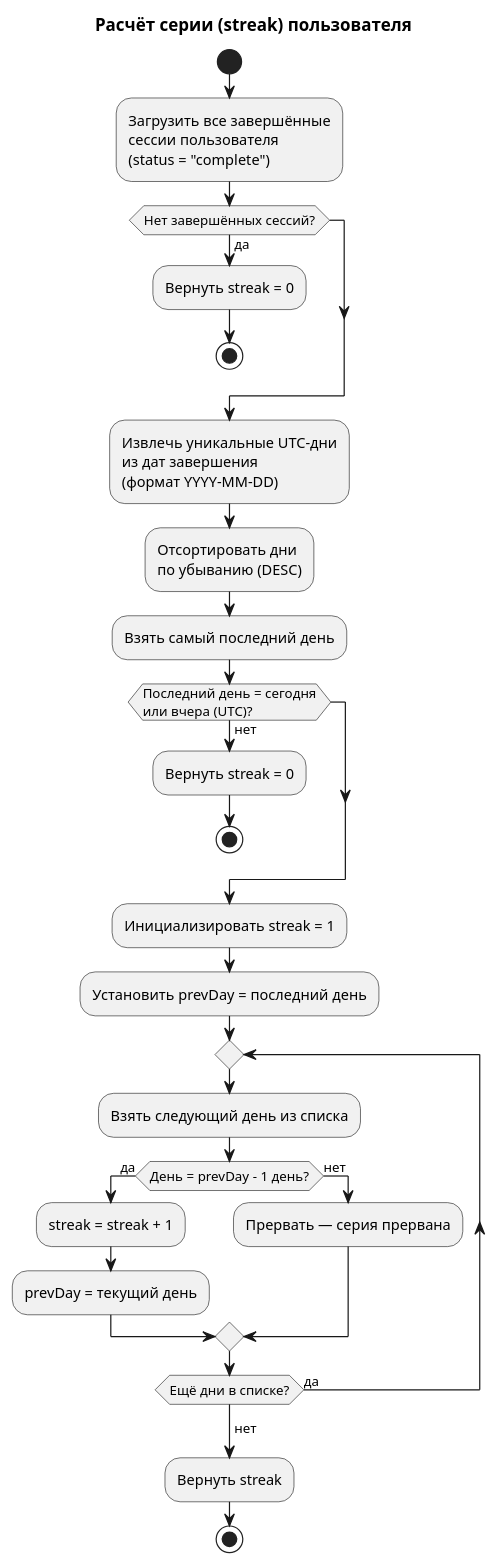
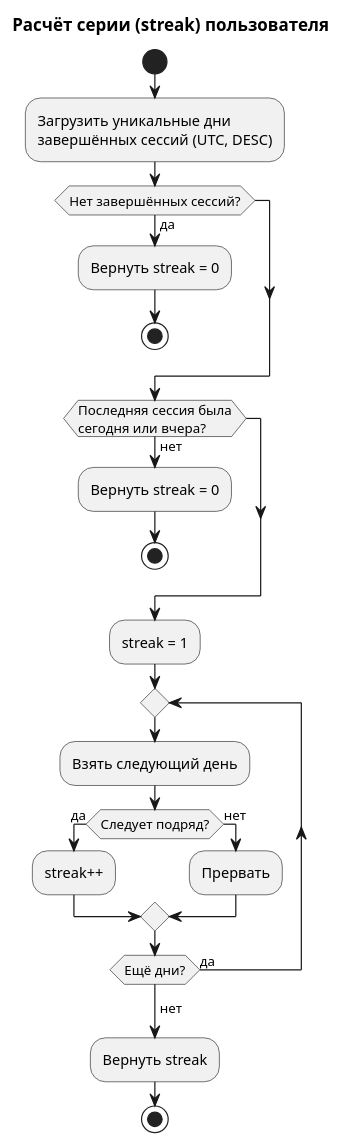
The diagram in docs/activity/09_streak_calculation.puml (nifle3/diplom_work), drawn with PlantUML before and after one commit. The commit also changed 10 other files, not shown here.

Commit message:
update activity diagram

```diff
--- a/docs/activity/09_streak_calculation.puml
+++ b/docs/activity/09_streak_calculation.puml
@@ -1,43 +1,33 @@
 @startuml 09_streak_calculation
 title Расчёт серии (streak) пользователя
 
 start
 
-:Загрузить все завершённые\nсессии пользователя\n(status = "complete");
+:Загрузить уникальные дни\nзавершённых сессий (UTC, DESC);
 
 if (Нет завершённых сессий?) then (да)
   :Вернуть streak = 0;
   stop
 endif
 
-:Извлечь уникальные UTC-дни\nиз дат завершения\n(формат YYYY-MM-DD);
-
-:Отсортировать дни\nпо убыванию (DESC);
-
-:Взять самый последний день;
-
-if (Последний день = сегодня\nили вчера (UTC)?) then (нет)
+if (Последняя сессия была\nсегодня или вчера?) then (нет)
   :Вернуть streak = 0;
   stop
 endif
 
-:Инициализировать streak = 1;
-:Установить prevDay = последний день;
+:streak = 1;
 
 repeat
-  :Взять следующий день из списка;
-
-  if (День = prevDay - 1 день?) then (да)
-    :streak = streak + 1;
-    :prevDay = текущий день;
+  :Взять следующий день;
+  if (Следует подряд?) then (да)
+    :streak++;
   else (нет)
-    :Прервать — серия прервана;
+    :Прервать;
   endif
-
-repeat while (Ещё дни в списке?) is (да)
+repeat while (Ещё дни?) is (да)
 ->нет;
 
 :Вернуть streak;
 
 stop
 @enduml
```
